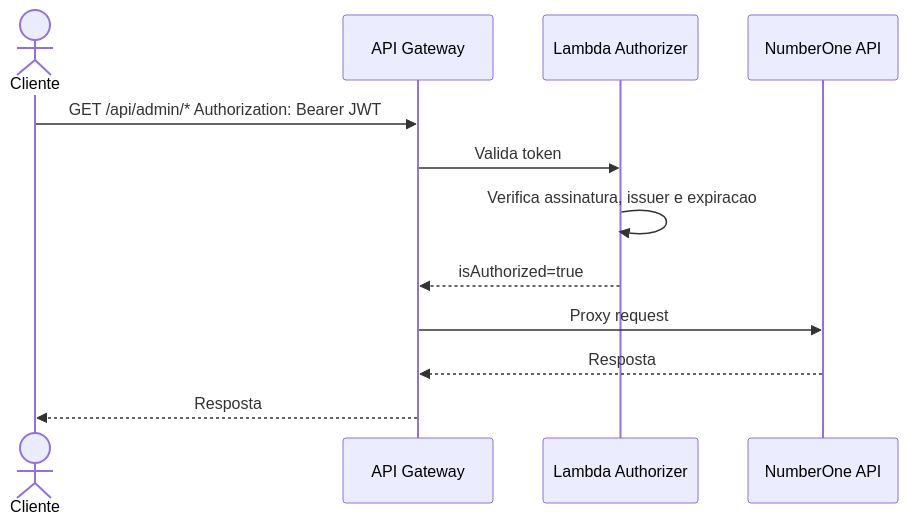
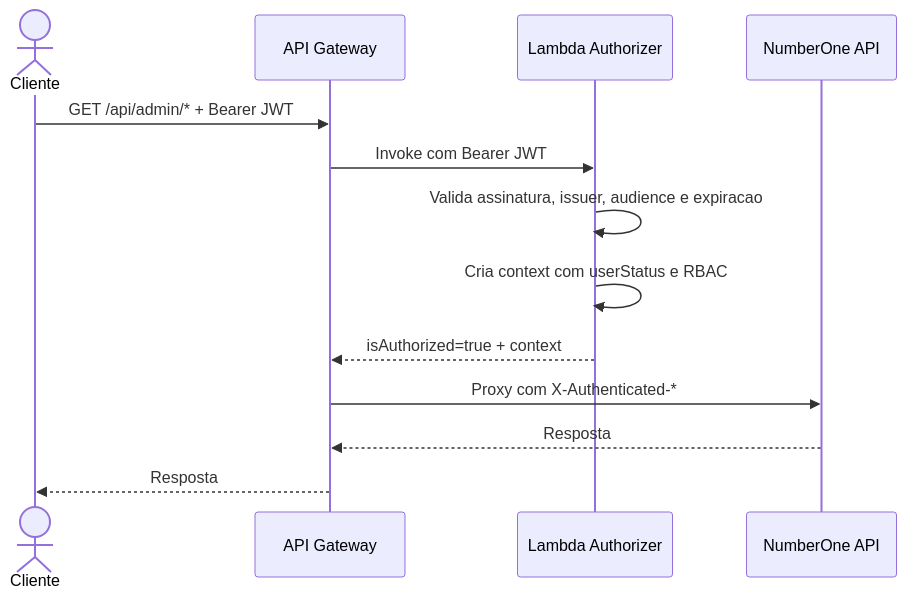
One commit to PosTech15SOAT/numberone-app-auth changed the second of 3 diagrams in README.md. Above: the diagram before and after it, drawn with Mermaid. The commit also changed other lines of this file and 15 other files, not shown here.

Commit message:
docs: finalize auth flow deliverables

````diff
--- a/README.md
+++ b/README.md
@@ -74,15 +78,16 @@
 ```mermaid
 sequenceDiagram
     actor Cliente
     participant APIGW as API Gateway
     participant Authz as Lambda Authorizer
     participant API as NumberOne API
 
-    Cliente->>APIGW: GET /api/admin/* Authorization: Bearer JWT
-    APIGW->>Authz: Valida token
-    Authz->>Authz: Verifica assinatura, issuer e expiracao
-    Authz-->>APIGW: isAuthorized=true
-    APIGW->>API: Proxy request
+    Cliente->>APIGW: GET /api/admin/* + Bearer JWT
+    APIGW->>Authz: Invoke com Bearer JWT
+    Authz->>Authz: Valida assinatura, issuer, audience e expiracao
+    Authz->>Authz: Cria context com userStatus e RBAC
+    Authz-->>APIGW: isAuthorized=true + context
+    APIGW->>API: Proxy com X-Authenticated-*
     API-->>APIGW: Resposta
     APIGW-->>Cliente: Resposta
 ```
````
